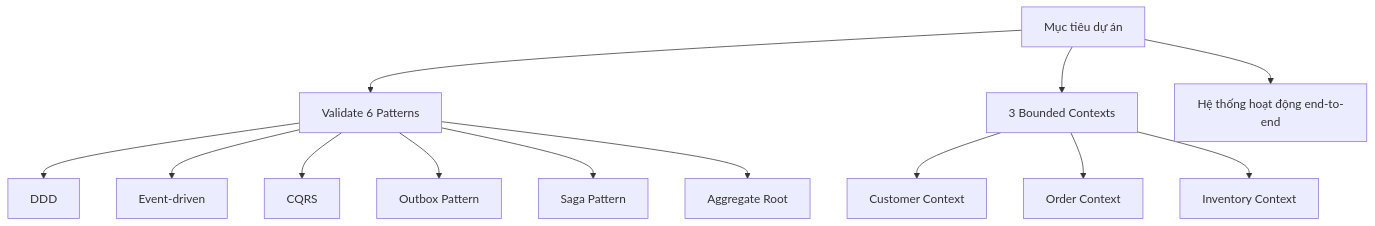
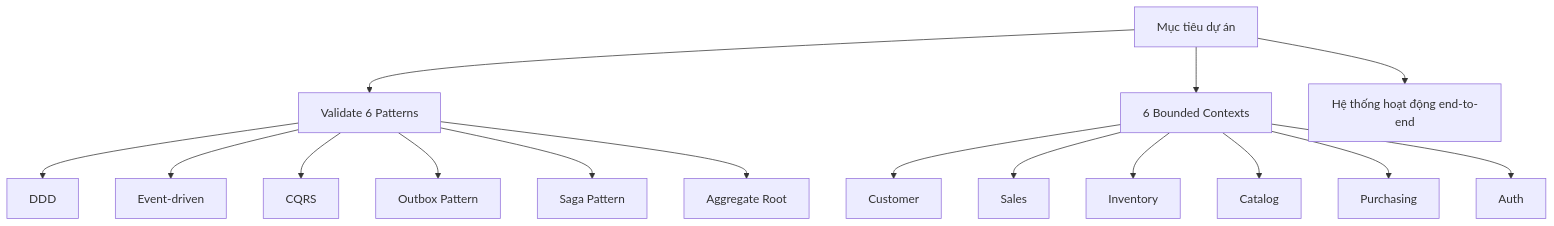
Before and after one commit to ndmthuan97/ERP-Prototype-Example: the diagram in docs/overview/project-goals.md, drawn with Mermaid. The commit also changed other lines of this file and 160 other files, not shown here.

Commit message:
feat: initialize ERP prototype project architecture, backend microservices, and frontend foundations with extensive documentation

````diff
--- a/docs/overview/project-goals.md
+++ b/docs/overview/project-goals.md
@@ -13,17 +21,20 @@
 ```mermaid
 graph TD
     A["Mục tiêu dự án"] --> B["Validate 6 Patterns"]
-    A --> C["3 Bounded Contexts"]
+    A --> C["6 Bounded Contexts"]
     A --> D["Hệ thống hoạt động end-to-end"]
 
     B --> B1["DDD"]
     B --> B2["Event-driven"]
     B --> B3["CQRS"]
     B --> B4["Outbox Pattern"]
     B --> B5["Saga Pattern"]
     B --> B6["Aggregate Root"]
 
-    C --> C1["Customer Context"]
-    C --> C2["Order Context"]
-    C --> C3["Inventory Context"]
+    C --> C1["Customer"]
+    C --> C2["Sales"]
+    C --> C3["Inventory"]
+    C --> C4["Catalog"]
+    C --> C5["Purchasing"]
+    C --> C6["Auth"]
 ```
````
